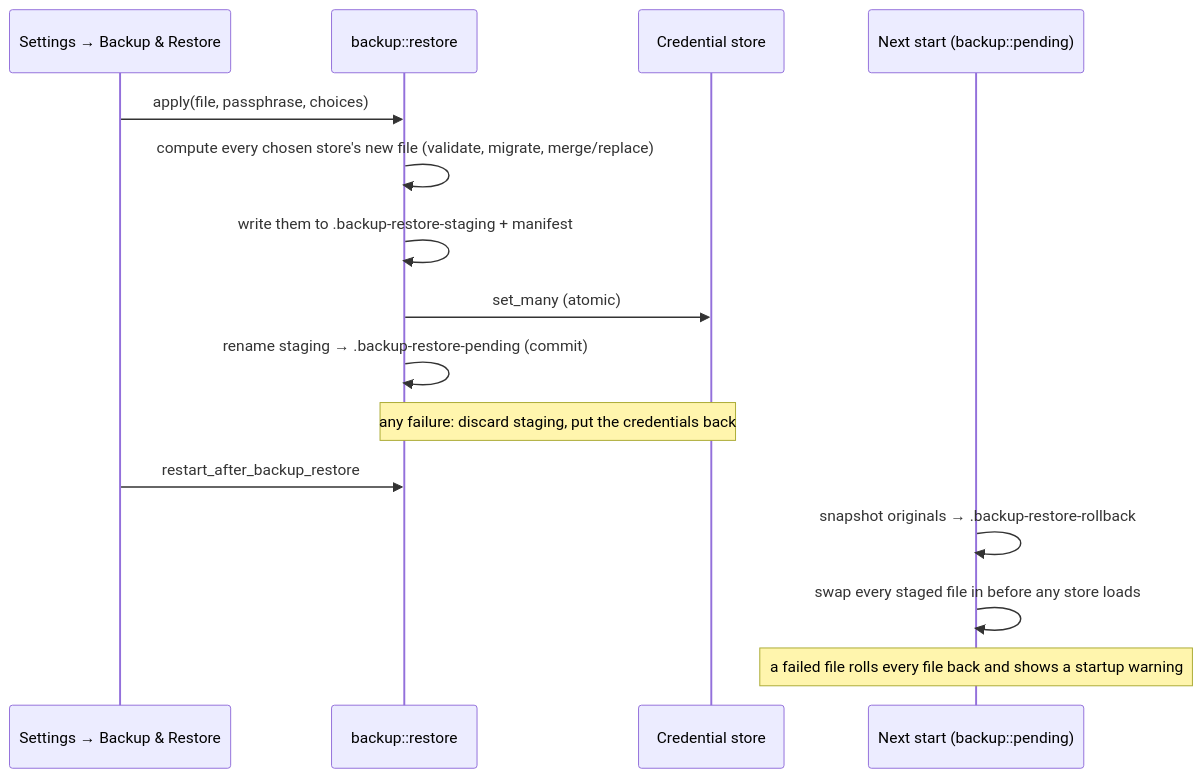
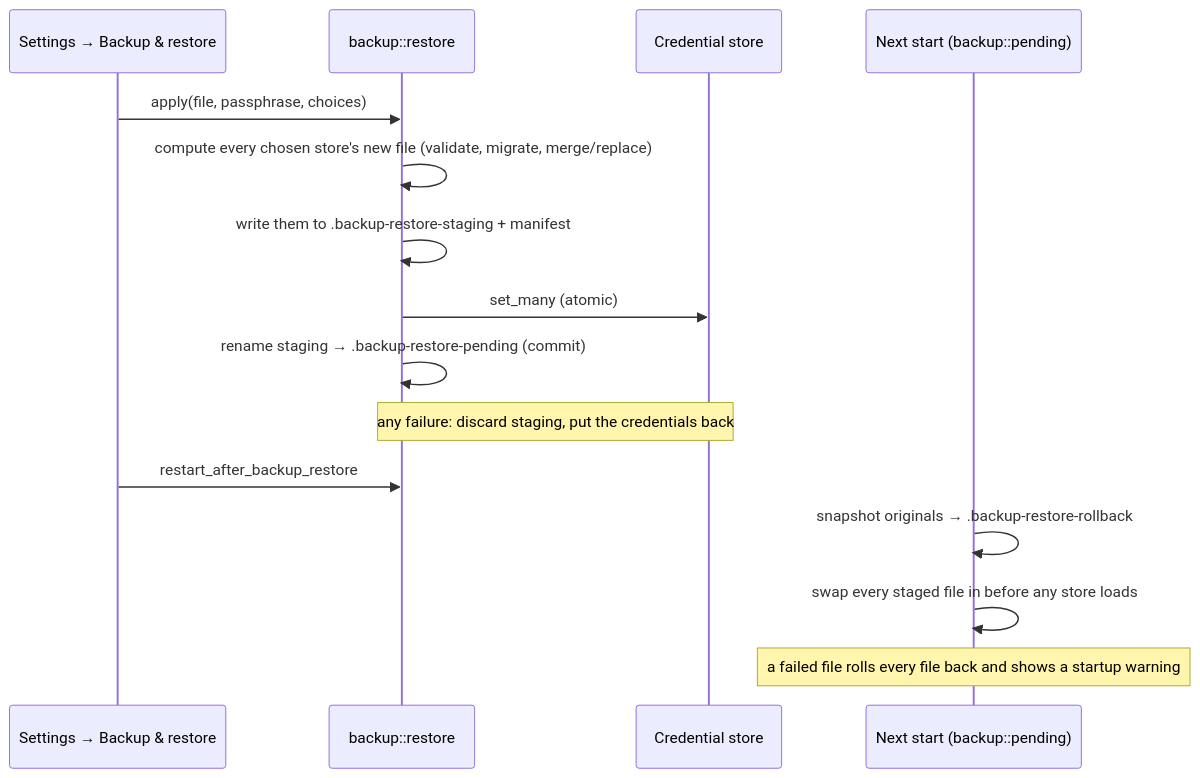
Before and after one commit to armaxri/termiHub: diagram 32 of 38 in docs/architecture.md, drawn with Mermaid. The commit also changed other lines of this file and 9 other files, not shown here.

````diff
--- a/docs/architecture.md
+++ b/docs/architecture.md
@@ -2064,17 +2064,17 @@
 ```mermaid
 sequenceDiagram
-    participant UI as Settings → Backup & Restore
+    participant UI as Settings → Backup & restore
     participant BE as backup::restore
     participant Cred as Credential store
     participant Boot as Next start (backup::pending)
     UI->>BE: apply(file, passphrase, choices)
     BE->>BE: compute every chosen store's new file (validate, migrate, merge/replace)
     BE->>BE: write them to .backup-restore-staging + manifest
     BE->>Cred: set_many (atomic)
     BE->>BE: rename staging → .backup-restore-pending (commit)
     Note over BE,Cred: any failure: discard staging, put the credentials back
     UI->>BE: restart_after_backup_restore
     Boot->>Boot: snapshot originals → .backup-restore-rollback
     Boot->>Boot: swap every staged file in before any store loads
     Note over Boot: a failed file rolls every file back and shows a startup warning
 ```
````
